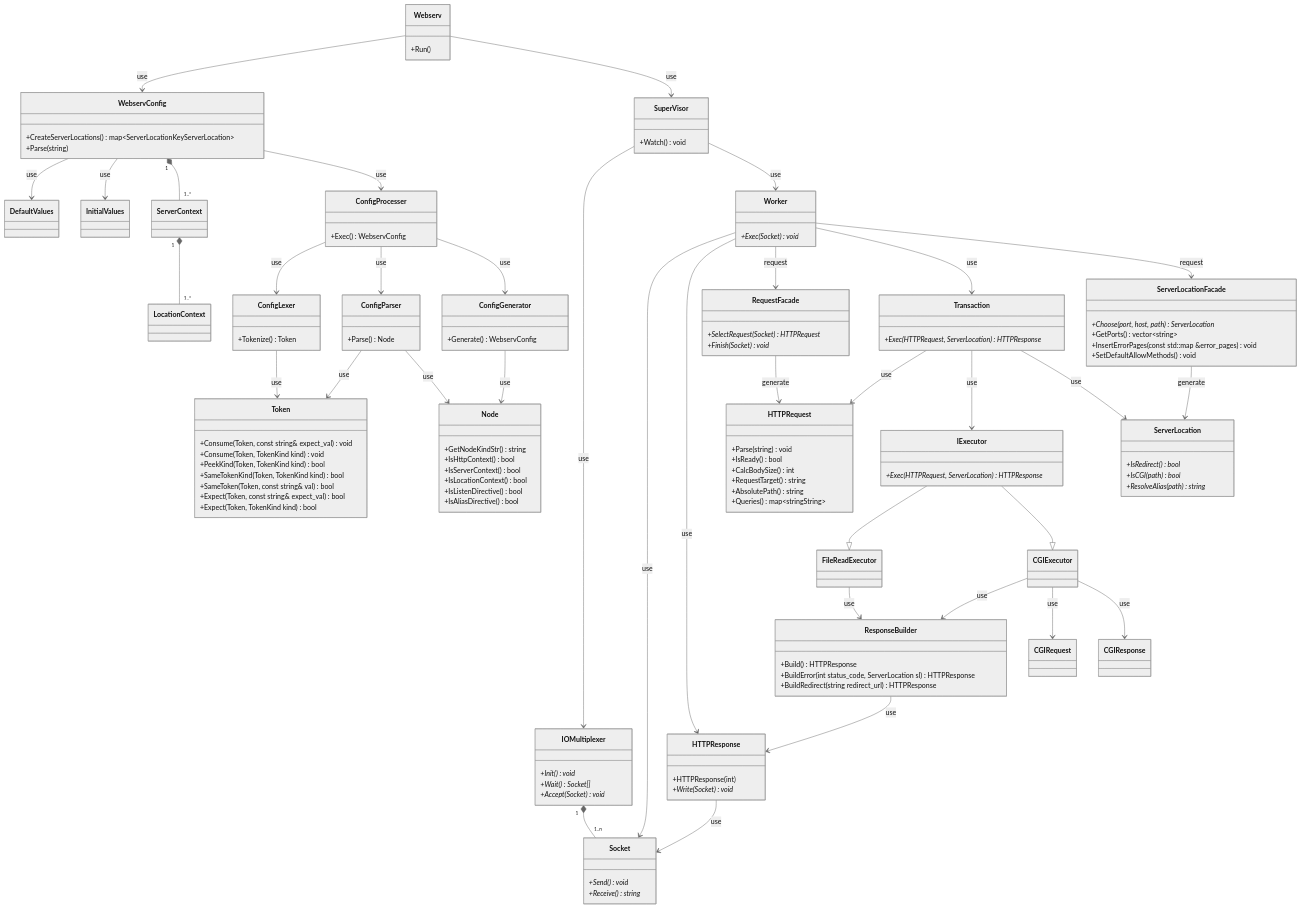
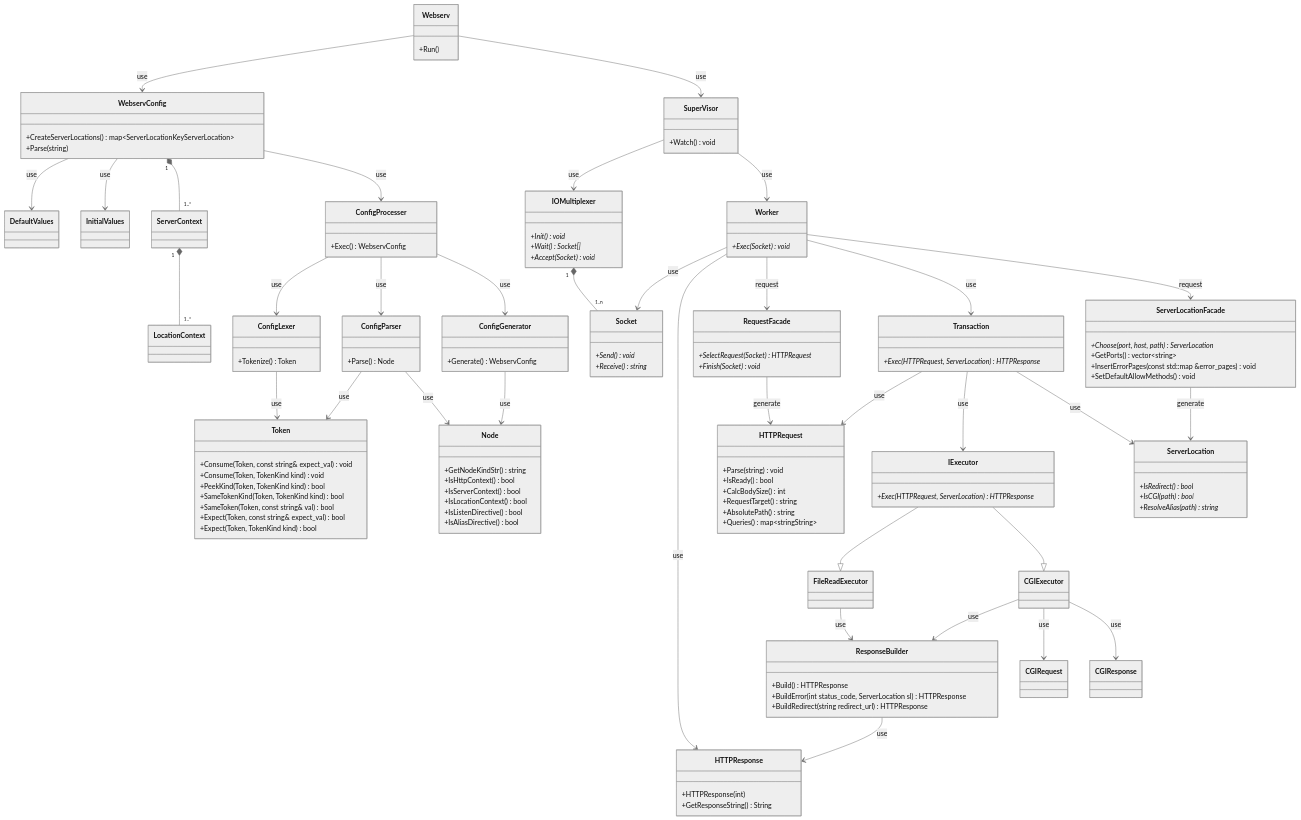
The diagram in docs/class/all.md (katataku/webserv), drawn with Mermaid (neutral theme) before and after one commit. The commit also changed 4 other files, not shown here.

```diff
--- a/docs/class/all.md
+++ b/docs/class/all.md
@@ -51,8 +51,6 @@
     CGIExecutor --> CGIResponse: use
 
     ResponseBuilder --> HTTPResponse: use
-
-    HTTPResponse --> Socket :use
 
     class ConfigProcesser {
       +Exec() WebservConfig
@@ -149,7 +147,7 @@
 
   class HTTPResponse {
     +HTTPResponse(int)
-    +Write(Socket)* void
+    +GetResponseString() String
   }
 
   class Transaction {
```
